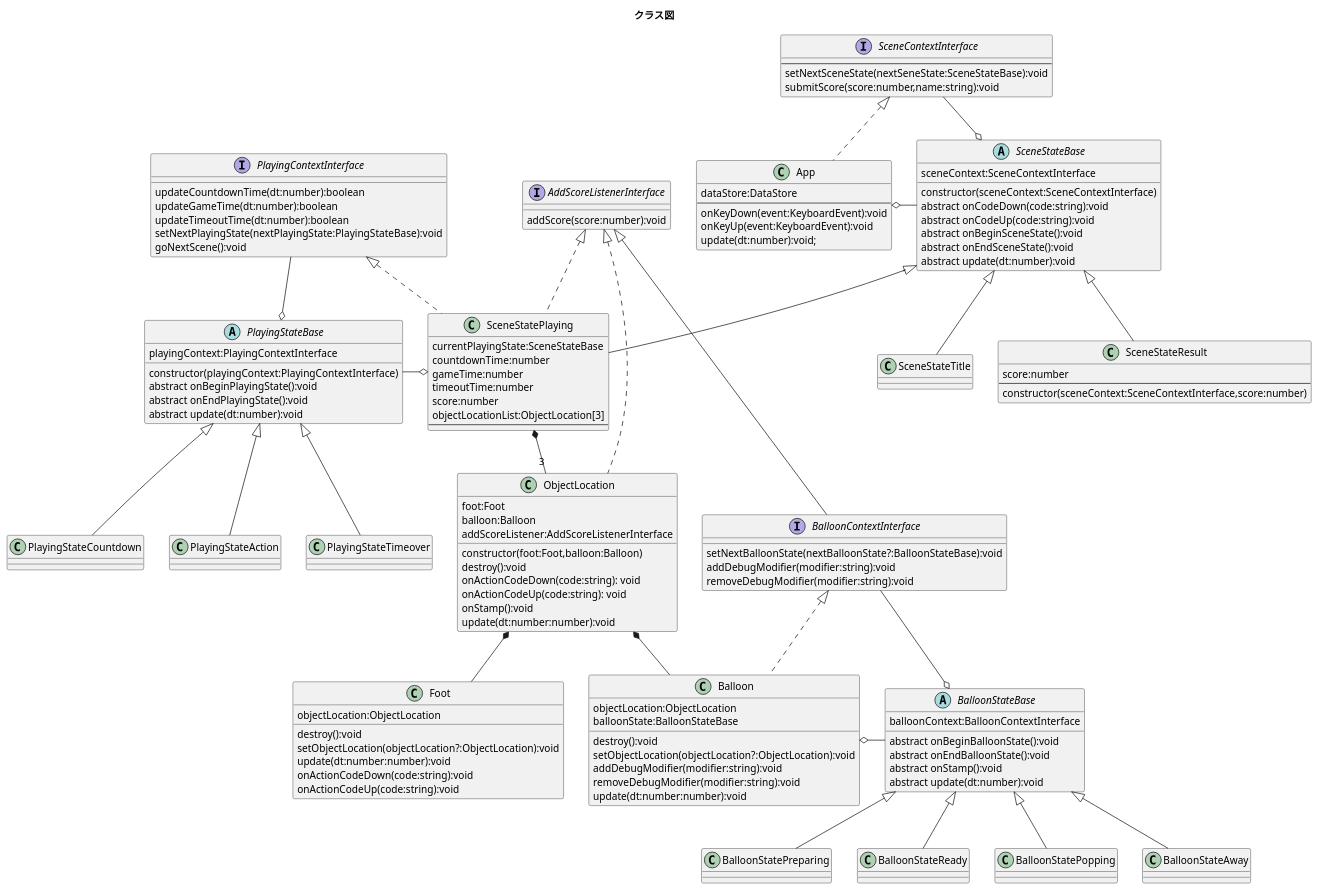
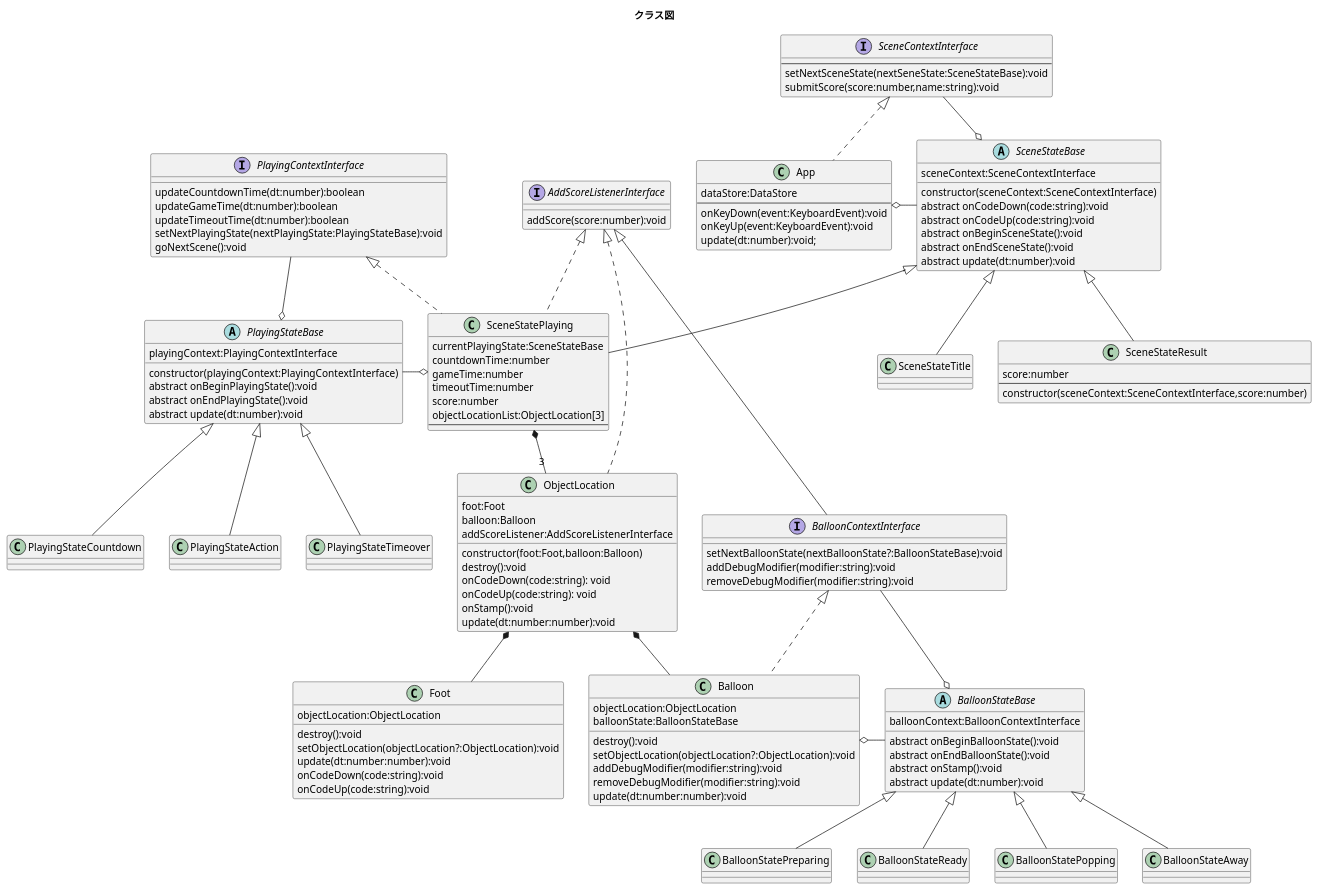
Before and after one commit to novogrammer/balloon-popping-game: the diagram in uml/class-diagram.puml, drawn with PlantUML. The commit also changed 3 other files, not shown here.

```diff
--- a/uml/class-diagram.puml
+++ b/uml/class-diagram.puml
@@ -1,156 +1,156 @@
 @startuml クラス図
 title クラス図
 
 abstract class BalloonStateBase{
   balloonContext:BalloonContextInterface
   abstract onBeginBalloonState():void
   abstract onEndBalloonState():void
   abstract onStamp():void
   abstract update(dt:number):void
 }
 class BalloonStatePreparing extends BalloonStateBase{
 
 }
 class BalloonStateReady extends BalloonStateBase{
 
 }
 class BalloonStatePopping extends BalloonStateBase{
 
 }
 class BalloonStateAway extends BalloonStateBase{
 
 }
 
 
 interface BalloonContextInterface extends AddScoreListenerInterface{
   setNextBalloonState(nextBalloonState?:BalloonStateBase):void
   addDebugModifier(modifier:string):void
   removeDebugModifier(modifier:string):void
 }
 
 
 
 class ObjectLocation implements AddScoreListenerInterface{
   foot:Foot
   balloon:Balloon
   addScoreListener:AddScoreListenerInterface
   constructor(foot:Foot,balloon:Balloon)
   destroy():void
-  onActionCodeDown(code:string): void
-  onActionCodeUp(code:string): void
+  onCodeDown(code:string): void
+  onCodeUp(code:string): void
   onStamp():void
   update(dt:number:number):void
 }
 
 class Foot{
   objectLocation:ObjectLocation
   destroy():void
   setObjectLocation(objectLocation?:ObjectLocation):void
   update(dt:number:number):void
-  onActionCodeDown(code:string):void
-  onActionCodeUp(code:string):void
+  onCodeDown(code:string):void
+  onCodeUp(code:string):void
 }
 
 interface AddScoreListenerInterface{
   addScore(score:number):void
 }
 
 class Balloon implements BalloonContextInterface{
   objectLocation:ObjectLocation
   balloonState:BalloonStateBase
 
   destroy():void
   setObjectLocation(objectLocation?:ObjectLocation):void
   addDebugModifier(modifier:string):void
   removeDebugModifier(modifier:string):void
   update(dt:number:number):void
 }
 
 abstract class PlayingStateBase{
   playingContext:PlayingContextInterface
 
   constructor(playingContext:PlayingContextInterface)
   abstract onBeginPlayingState():void
   abstract onEndPlayingState():void
   abstract update(dt:number):void
 }
 
 class PlayingStateCountdown extends PlayingStateBase{
 
 }
 class PlayingStateAction extends PlayingStateBase{
 
 }
 
 class PlayingStateTimeover extends PlayingStateBase{
 
 }
 
 interface PlayingContextInterface{
   updateCountdownTime(dt:number):boolean
   updateGameTime(dt:number):boolean
   updateTimeoutTime(dt:number):boolean
   setNextPlayingState(nextPlayingState:PlayingStateBase):void
   goNextScene():void
 }
 
 abstract class SceneStateBase{
   sceneContext:SceneContextInterface
 
   constructor(sceneContext:SceneContextInterface)
   abstract onCodeDown(code:string):void
   abstract onCodeUp(code:string):void
   abstract onBeginSceneState():void
   abstract onEndSceneState():void
   abstract update(dt:number):void
 }
 
 class SceneStateTitle extends SceneStateBase{
 }
 class SceneStatePlaying extends SceneStateBase implements PlayingContextInterface,AddScoreListenerInterface{
   currentPlayingState:SceneStateBase
   countdownTime:number
   gameTime:number
   timeoutTime:number
   score:number
   objectLocationList:ObjectLocation[3]
   --
 }
 class SceneStateResult extends SceneStateBase{
   score:number
   --
   constructor(sceneContext:SceneContextInterface,score:number)
 }
 
 
 interface SceneContextInterface{
   --
   setNextSceneState(nextSeneState:SceneStateBase):void
   submitScore(score:number,name:string):void
 }
 
 class App implements SceneContextInterface{
   dataStore:DataStore
   --
   onKeyDown(event:KeyboardEvent):void
   onKeyUp(event:KeyboardEvent):void
   update(dt:number):void;
 }
 
 
 SceneStateBase o-up- SceneContextInterface
 App o-right- SceneStateBase
 
 SceneStatePlaying *-- "3" ObjectLocation
 ObjectLocation *-- Foot
 ObjectLocation *-- Balloon
 
 
 BalloonStateBase o-up- BalloonContextInterface
 Balloon o-right- BalloonStateBase
 
 
 PlayingStateBase o-up- PlayingContextInterface
 SceneStatePlaying o-left- PlayingStateBase
 
 @enduml
```
